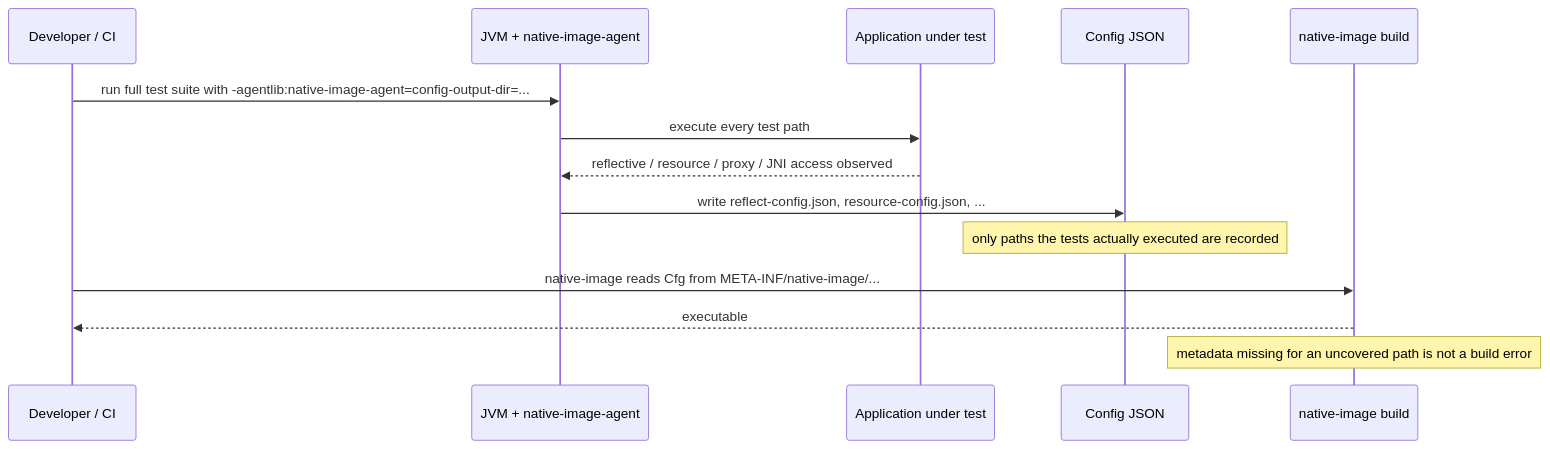
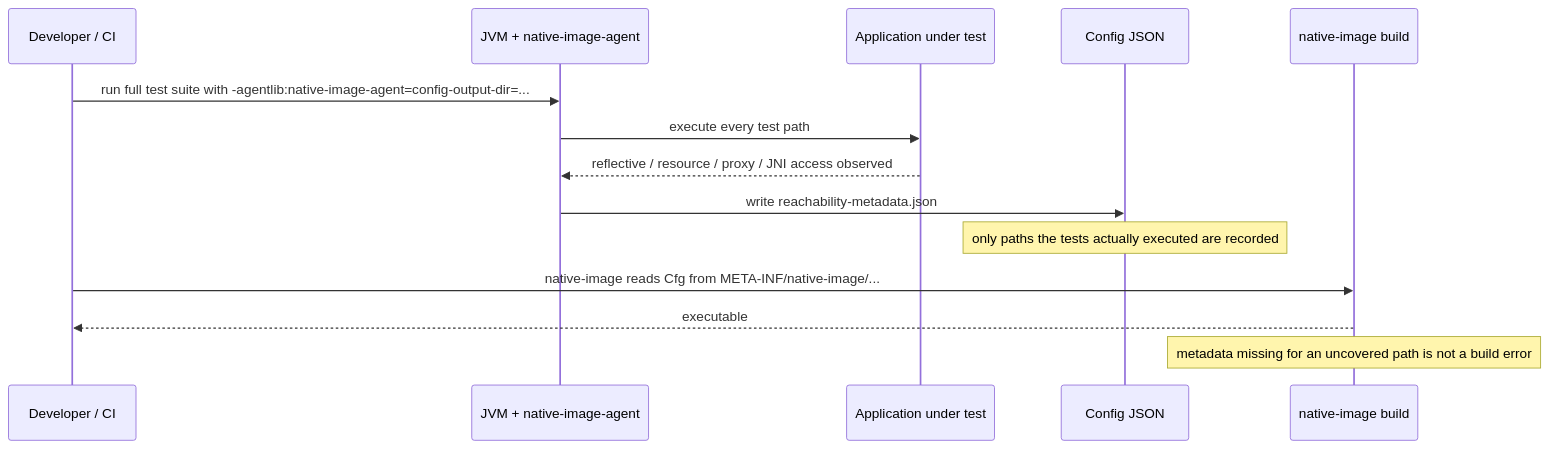
Before and after one commit to rppol/system-design: the second of 2 diagrams in src/main/java/com/rutik/systemdesign/java/graalvm_native_image/README.md, drawn with Mermaid. The commit also changed other lines of this file and 9 other files, not shown here.

````diff
--- a/src/main/java/com/rutik/systemdesign/java/graalvm_native_image/README.md
+++ b/src/main/java/com/rutik/systemdesign/java/graalvm_native_image/README.md
@@ -179,17 +179,17 @@
 ```mermaid
 sequenceDiagram
     participant Dev as Developer / CI
     participant JVM as JVM + native-image-agent
     participant App as Application under test
     participant Cfg as Config JSON
     participant Build as native-image build
 
     Dev->>JVM: run full test suite with -agentlib:native-image-agent=config-output-dir=...
     JVM->>App: execute every test path
     App-->>JVM: reflective / resource / proxy / JNI access observed
-    JVM->>Cfg: write reflect-config.json, resource-config.json, ...
+    JVM->>Cfg: write reachability-metadata.json
     Note over Cfg: only paths the tests actually executed are recorded
     Dev->>Build: native-image reads Cfg from META-INF/native-image/...
     Build-->>Dev: executable
     Note over Build: metadata missing for an uncovered path is not a build error
 ```
````
